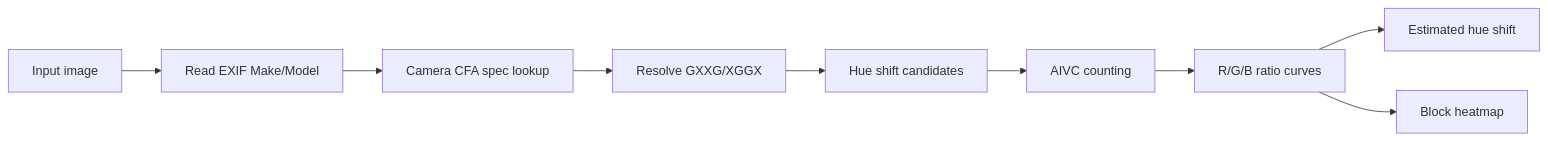
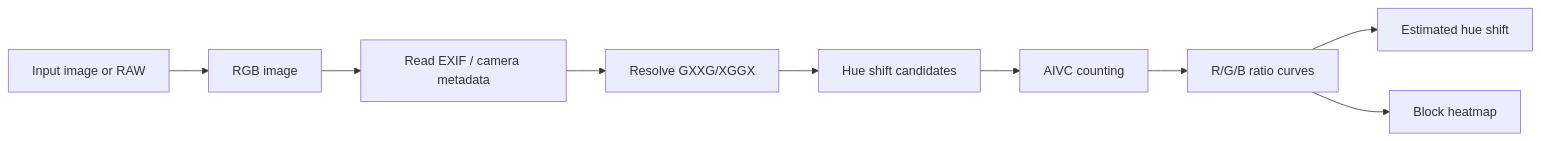
Before and after one commit to CyberHamster500/cfa-hue-modification-lab: the diagram in README.md, drawn with Mermaid. The commit also changed other lines of this file and 5 other files, not shown here.

````diff
--- a/README.md
+++ b/README.md
@@ -57,11 +65,11 @@
 ```mermaid
 flowchart LR
-  A["Input image"] --> B["Read EXIF Make/Model"]
-  B --> C["Camera CFA spec lookup"]
+  A["Input image or RAW"] --> B["RGB image"]
+  B --> C["Read EXIF / camera metadata"]
   C --> D["Resolve GXXG/XGGX"]
   D --> E["Hue shift candidates"]
   E --> F["AIVC counting"]
   F --> G["R/G/B ratio curves"]
   G --> H["Estimated hue shift"]
   G --> I["Block heatmap"]
 ```
````
